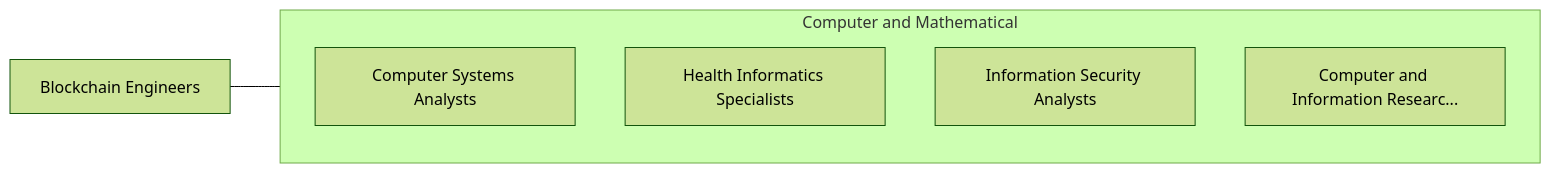
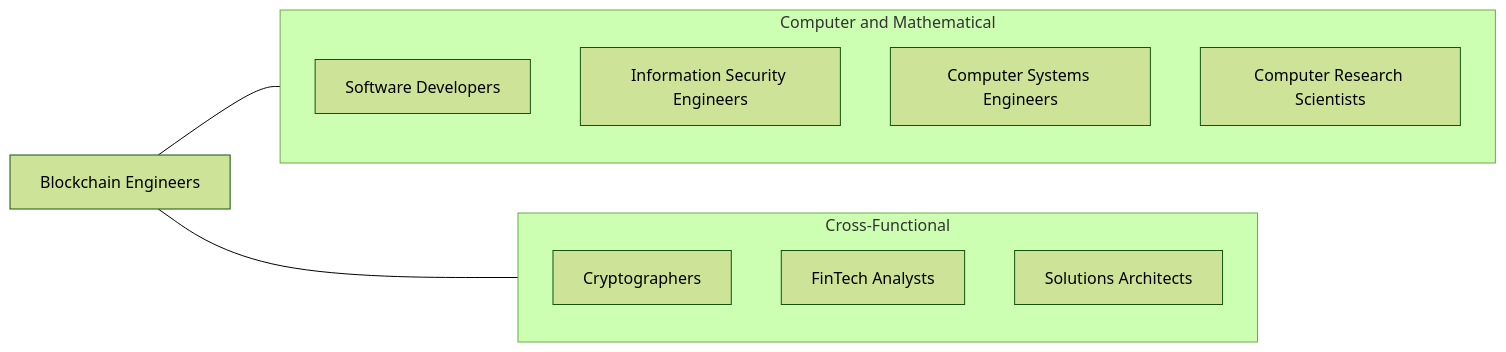
The third of 4 diagrams in occupations/Technology/BlockchainEngineers.mdx (kziemski/business.org.ai), drawn with Mermaid (forest theme) before and after one commit. The commit also changed other lines of this file and 938 other files, not shown here.

````diff
--- a/occupations/Technology/BlockchainEngineers.mdx
+++ b/occupations/Technology/BlockchainEngineers.mdx
@@ -115,13 +192,20 @@
 ```mermaid
 graph LR
     Current["Blockchain Engineers"]
 
     subgraph SameCategory["Computer and Mathematical"]
-        ComputerSystemsAnaly["Computer Systems Analysts"]
-        HealthInformaticsSpe["Health Informatics Specialists"]
-        InformationSecurityA["Information Security Analysts"]
-        ComputerAndInformati["Computer and Information Researc..."]
+        SD["Software Developers"]
+        ISE["Information Security Engineers"]
+        CSE["Computer Systems Engineers"]
+        CRS["Computer Research Scientists"]
+    end
+
+    subgraph CrossFunctional["Cross-Functional"]
+        Crypto["Cryptographers"]
+        FA["FinTech Analysts"]
+        SA["Solutions Architects"]
     end
 
     Current --- SameCategory
+    Current --- CrossFunctional
 ```
````
